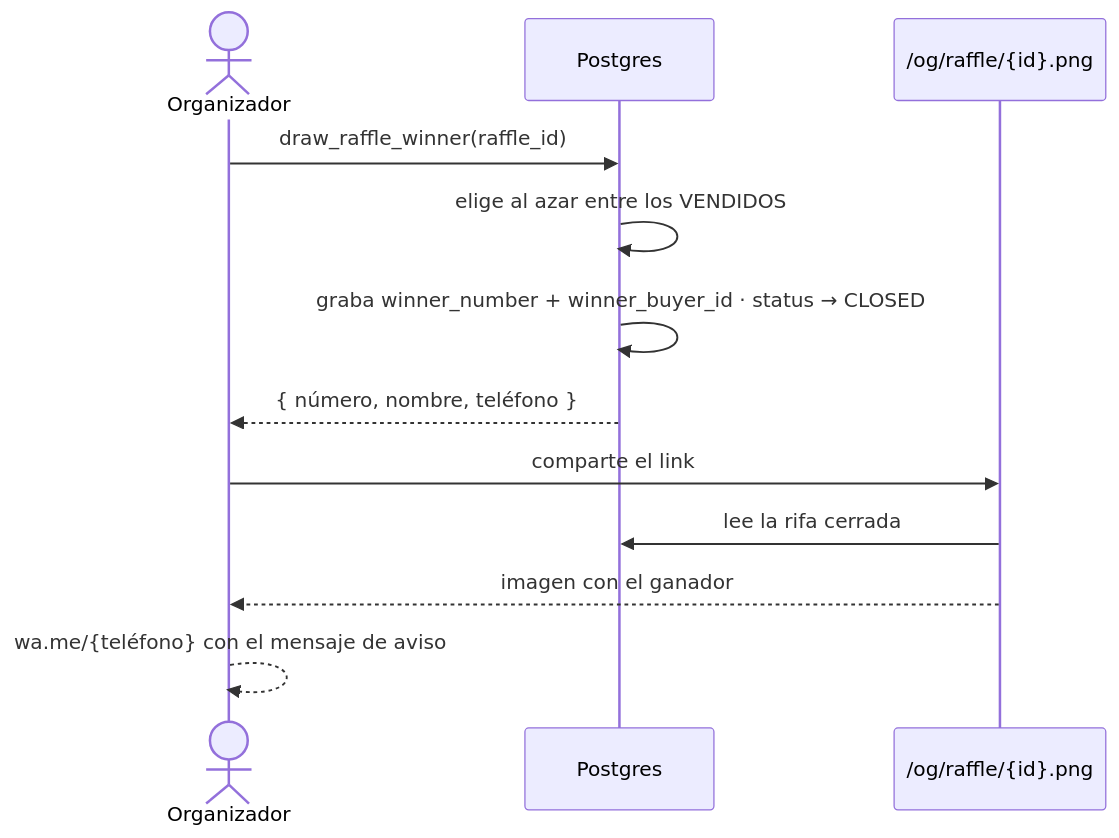
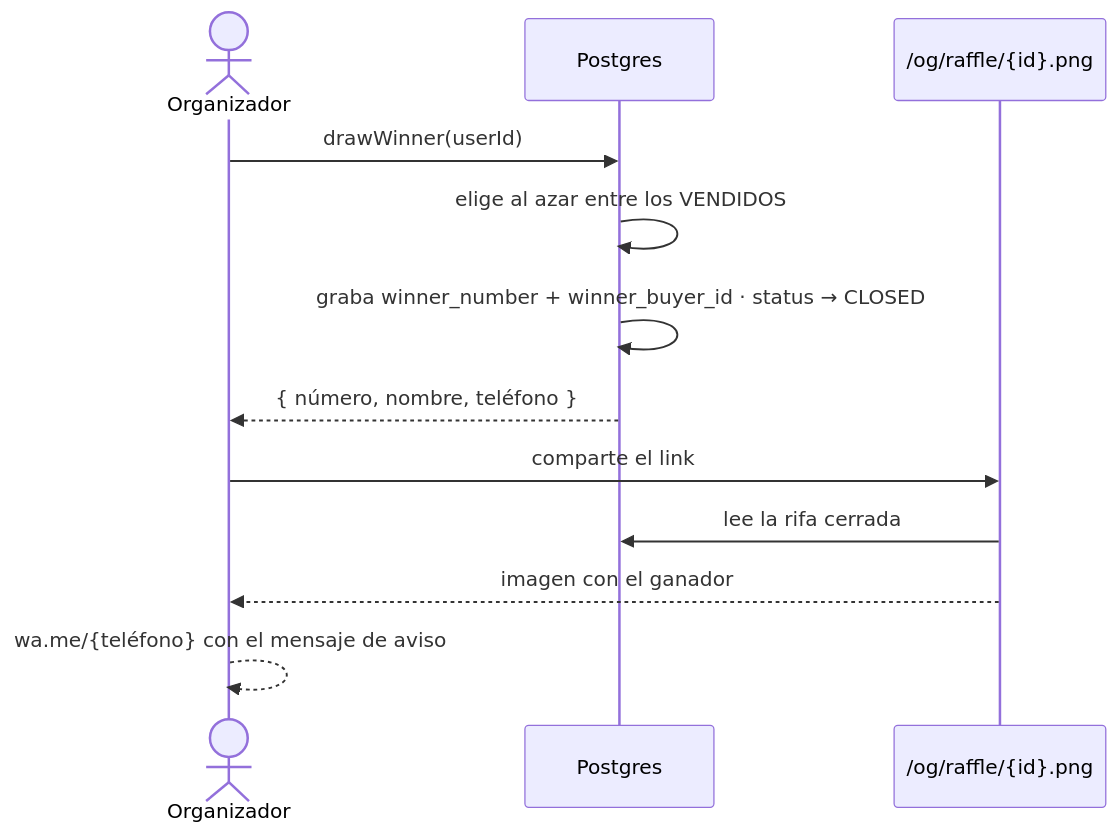
One commit to mauroviveros/rifate.app changed the fourth of 5 diagrams in docs/05-flujos.md. Above: the diagram before and after it, drawn with Mermaid. The commit also changed other lines of this file and 5 other files, not shown here.

Commit message:
docs: :memo: rewrite architecture and align every doc with the final stack

````diff
--- a/docs/05-flujos.md
+++ b/docs/05-flujos.md
@@ -156,16 +172,16 @@
 ```mermaid
 sequenceDiagram
     actor O as Organizador
     participant DB as Postgres
     participant OG as /og/raffle/{id}.png
 
-    O->>DB: draw_raffle_winner(raffle_id)
+    O->>DB: drawWinner(userId)
     DB->>DB: elige al azar entre los VENDIDOS
     DB->>DB: graba winner_number + winner_buyer_id · status → CLOSED
     DB-->>O: { número, nombre, teléfono }
 
     O->>OG: comparte el link
     OG->>DB: lee la rifa cerrada
     OG-->>O: imagen con el ganador
     O-->>O: wa.me/{teléfono} con el mensaje de aviso
 ```
````
